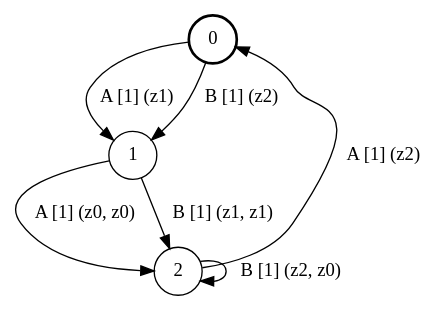
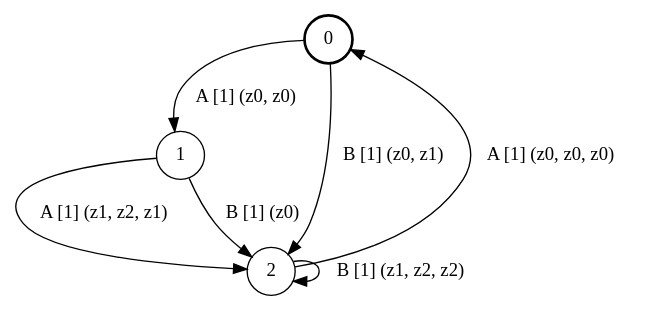
The diagram in qbf/testing/fsm_3s2e3a.dot (ulyantsev/EFSM-tools), drawn with Graphviz before and after one commit. The commit also changed 1162 other files, not shown here.

```diff
--- a/qbf/testing/fsm_3s2e3a.dot
+++ b/qbf/testing/fsm_3s2e3a.dot
@@ -1,12 +1,12 @@
 # generated file, don't try to modify
 # command: dot -Tpng <filename> > tree.png
 digraph Automaton {
     node [shape = circle];
     0 [style = "bold"];
-    0 -> 1 [label = "A [1] (z1) "];
-    0 -> 1 [label = "B [1] (z2) "];
-    1 -> 2 [label = "A [1] (z0, z0) "];
-    1 -> 2 [label = "B [1] (z1, z1) "];
-    2 -> 0 [label = "A [1] (z2) "];
-    2 -> 2 [label = "B [1] (z2, z0) "];
+    0 -> 1 [label = "A [1] (z0, z0) "];
+    0 -> 2 [label = "B [1] (z0, z1) "];
+    1 -> 2 [label = "A [1] (z1, z2, z1) "];
+    1 -> 2 [label = "B [1] (z0) "];
+    2 -> 0 [label = "A [1] (z0, z0, z0) "];
+    2 -> 2 [label = "B [1] (z1, z2, z2) "];
 }
```
